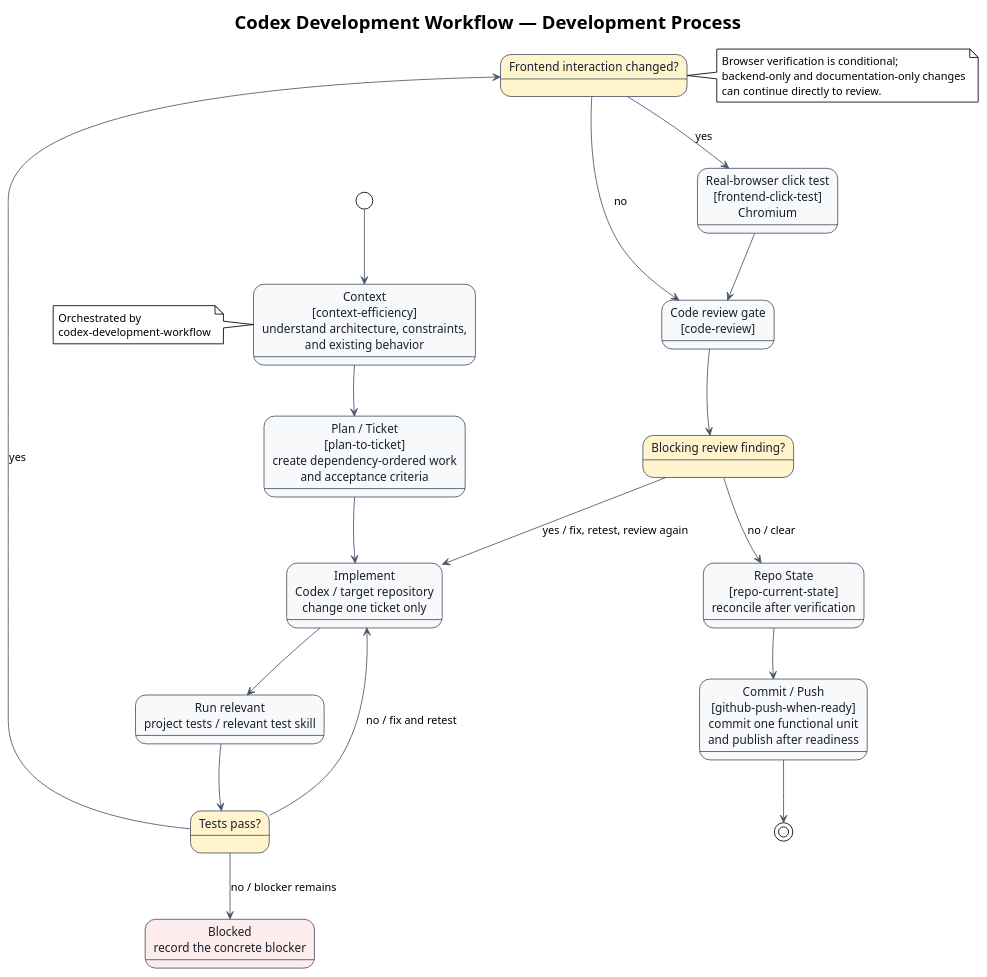
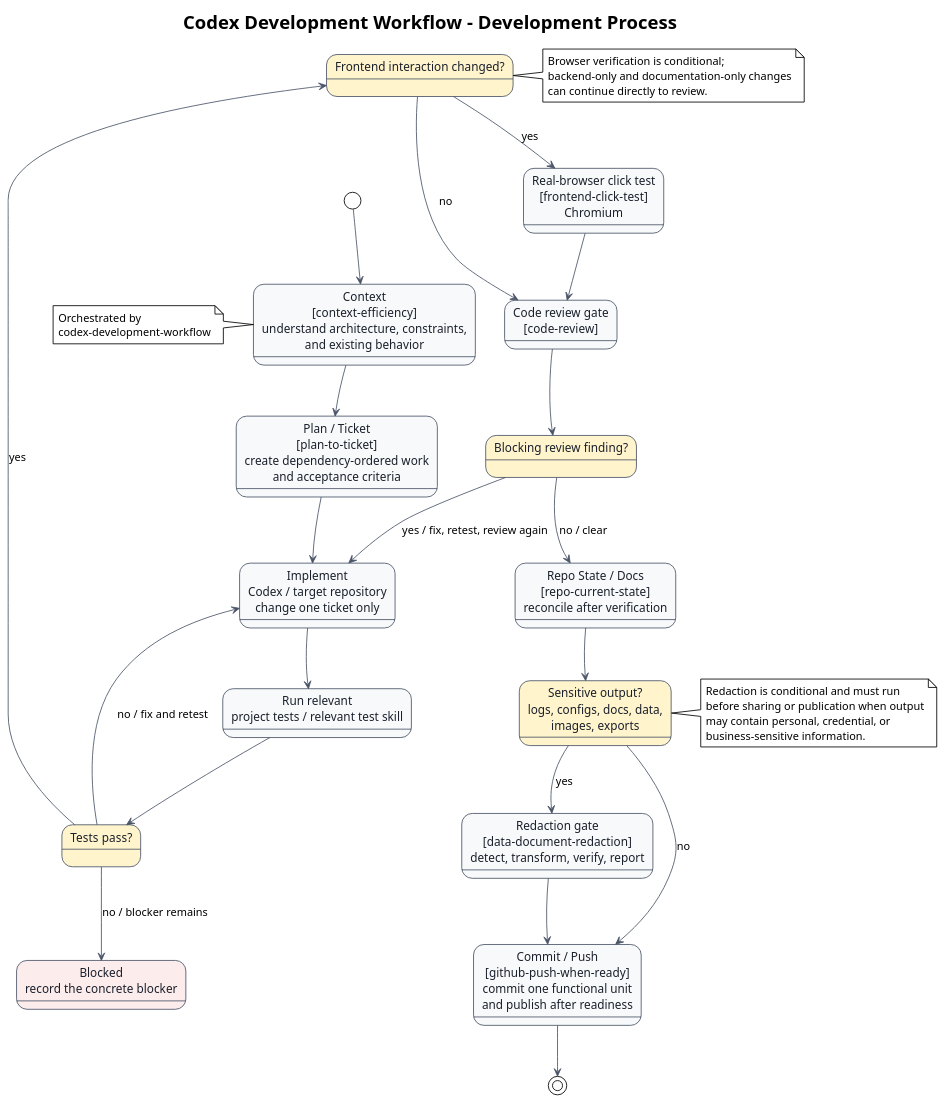
One commit to i-zrhe2016/codex-development-workflow changed the diagram in docs/diagrams/architecture.puml. Above: the diagram before and after it, drawn with PlantUML.

Commit message:
docs: add redaction gate to architecture diagram source

```diff
--- a/docs/diagrams/architecture.puml
+++ b/docs/diagrams/architecture.puml
@@ -1,66 +1,80 @@
 @startuml
 !theme plain
 top to bottom direction
 skinparam backgroundColor #FFFFFF
 skinparam defaultFontName Arial
 skinparam ArrowColor #4A5568
 skinparam state {
   BackgroundColor #F8F9FA
   BorderColor #4A5568
   FontColor #1A202C
 }
 
-title Codex Development Workflow — Development Process
+title Codex Development Workflow - Development Process
 
 state "Context\n[context-efficiency]\nunderstand architecture, constraints,\nand existing behavior" as context
 state "Plan / Ticket\n[plan-to-ticket]\ncreate dependency-ordered work\nand acceptance criteria" as plan
 state "Implement\nCodex / target repository\nchange one ticket only" as implement
 state "Run relevant\nproject tests / relevant test skill" as tests
 state "Tests pass?" as tests_gate #FFF4CC
 state "Frontend interaction changed?" as frontend_gate #FFF4CC
 state "Real-browser click test\n[frontend-click-test]\nChromium" as browser
 state "Code review gate\n[code-review]" as review
 state "Blocking review finding?" as review_gate #FFF4CC
-state "Repo State\n[repo-current-state]\nreconcile after verification" as repo_state
+state "Repo State / Docs\n[repo-current-state]\nreconcile after verification" as repo_state
+state "Sensitive output?\nlogs, configs, docs, data,\nimages, exports" as sensitive_gate #FFF4CC
+state "Redaction gate\n[data-document-redaction]\ndetect, transform, verify, report" as redaction
 state "Commit / Push\n[github-push-when-ready]\ncommit one functional unit\nand publish after readiness" as publish
 state "Blocked\nrecord the concrete blocker" as blocked #FDECEC
 
 [*] --> context
 context --> plan
 plan --> implement
 implement --> tests
 tests --> tests_gate
 tests_gate --> frontend_gate : yes
 tests_gate --> implement : no / fix and retest
 tests_gate --> blocked : no / blocker remains
 frontend_gate --> browser : yes
 frontend_gate --> review : no
 browser --> review
 review --> review_gate
 review_gate --> repo_state : no / clear
 review_gate --> implement : yes / fix, retest, review again
-repo_state --> publish
+repo_state --> sensitive_gate
+sensitive_gate --> redaction : yes
+sensitive_gate --> publish : no
+redaction --> publish
 publish --> [*]
 
 context -[hidden]down-> plan
 plan -[hidden]down-> implement
 implement -[hidden]down-> tests
 tests -[hidden]down-> tests_gate
 tests_gate -[hidden]down-> frontend_gate
 frontend_gate -[hidden]down-> review
 review -[hidden]down-> review_gate
 review_gate -[hidden]down-> repo_state
-repo_state -[hidden]down-> publish
+repo_state -[hidden]down-> sensitive_gate
+sensitive_gate -[hidden]down-> redaction
+redaction -[hidden]down-> publish
 
 note right of frontend_gate
 Browser verification is conditional;
 backend-only and documentation-only changes
 can continue directly to review.
+end note
+
+note right of sensitive_gate
+Redaction is conditional and must run
+before sharing or publication when output
+may contain personal, credential, or
+business-sensitive information.
 end note
 
 note left of context
 Orchestrated by
 codex-development-workflow
 end note
 
 @enduml
```
